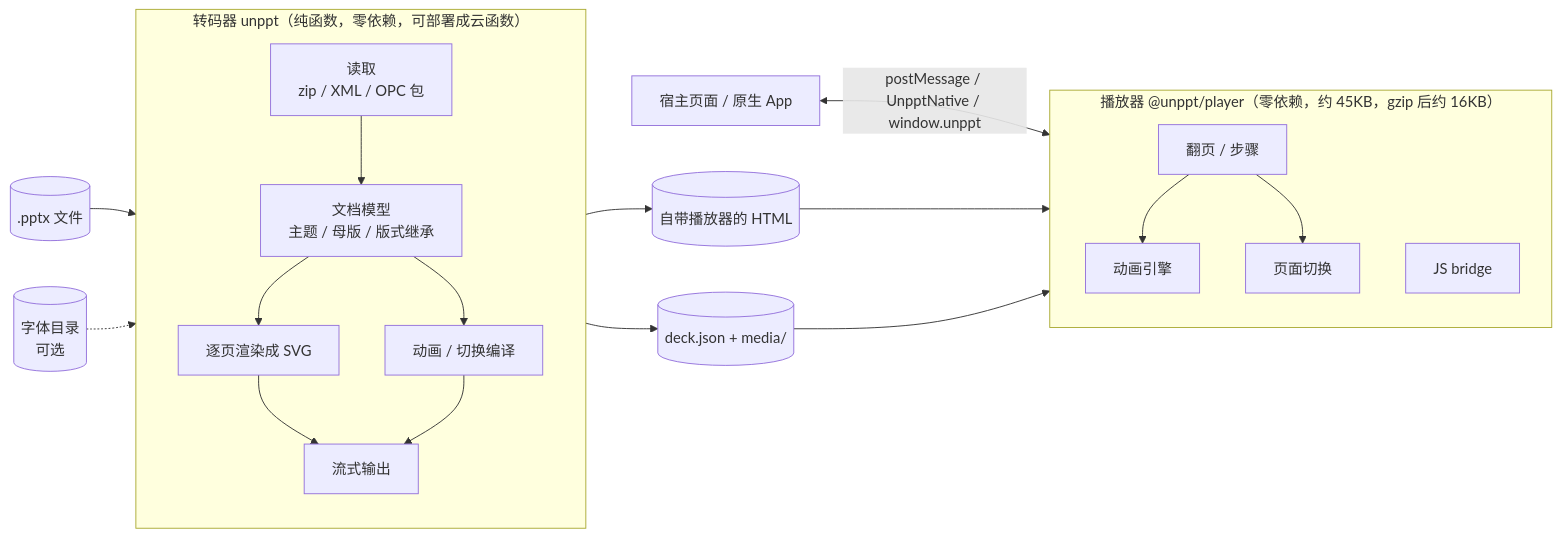
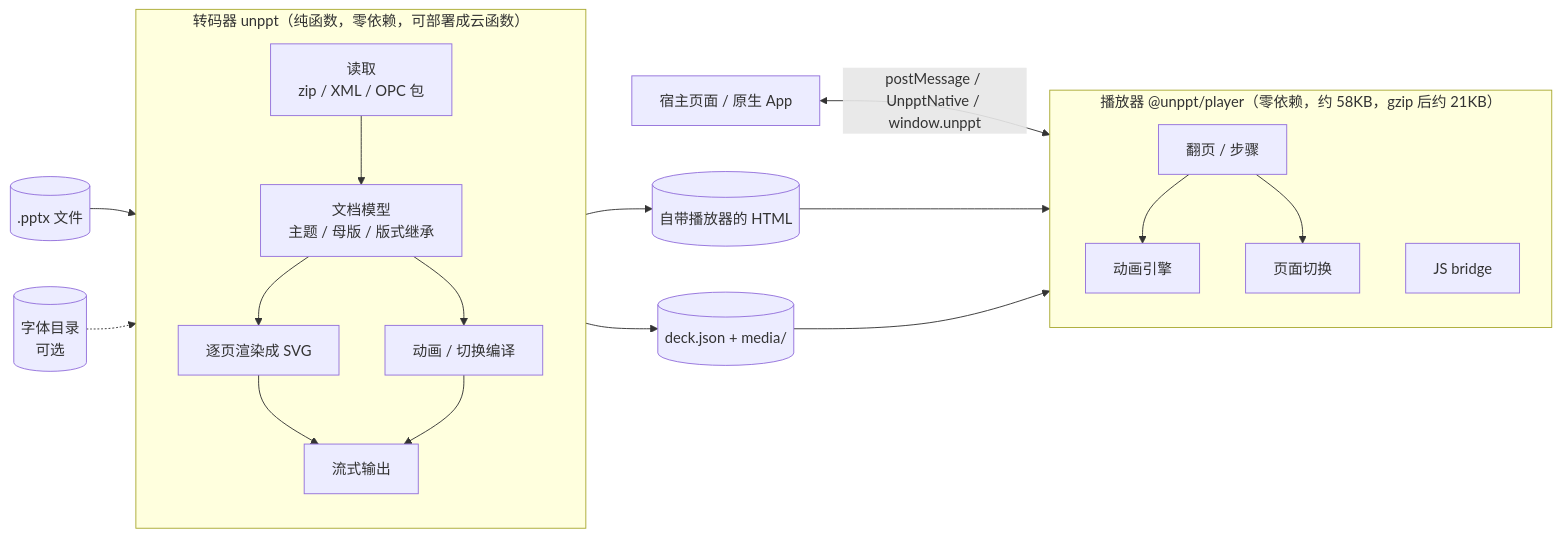
The first of 5 diagrams in docs/architecture.md (spitmaster/unppt), drawn with Mermaid before and after one commit. The commit also changed 6 other files, not shown here.

First line of the commit message:
docs: README 加「实现思路」——从入口到播放器的流水线图、每个组件为什么要有和做什么、关键设计决定，细节链接到各篇文档

````diff
--- a/docs/architecture.md
+++ b/docs/architecture.md
@@ -8,24 +8,24 @@
 ```mermaid
 flowchart LR
   pptx[(.pptx 文件)] --> T
   fonts[(字体目录<br/>可选)] -.-> T
   subgraph T["转码器 unppt（纯函数，零依赖，可部署成云函数）"]
     direction TB
     read[读取<br/>zip / XML / OPC 包] --> model[文档模型<br/>主题 / 母版 / 版式继承]
     model --> render[逐页渲染成 SVG]
     model --> anim[动画 / 切换编译]
     render --> out[流式输出]
     anim --> out
   end
   out --> html[(自带播放器的 HTML)]
   out --> json[(deck.json + media/)]
   html --> P
   json --> P
-  subgraph P["播放器 @unppt/player（零依赖，约 45KB，gzip 后约 16KB）"]
+  subgraph P["播放器 @unppt/player（零依赖，约 58KB，gzip 后约 21KB）"]
     direction TB
     nav[翻页 / 步骤] --> engine[动画引擎]
     nav --> trans[页面切换]
     bridge[JS bridge]
   end
   host[宿主页面 / 原生 App] <-->|"postMessage / UnpptNative / window.unppt"| bridge
 ```
````
